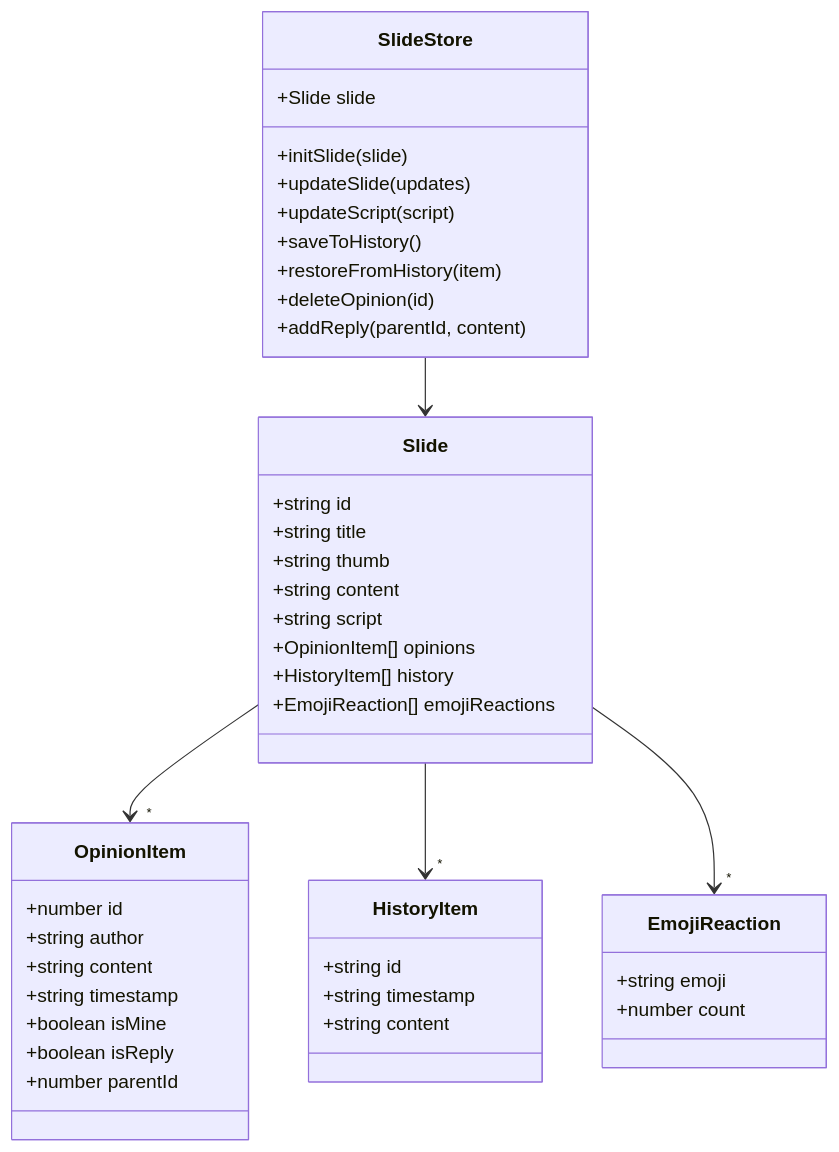
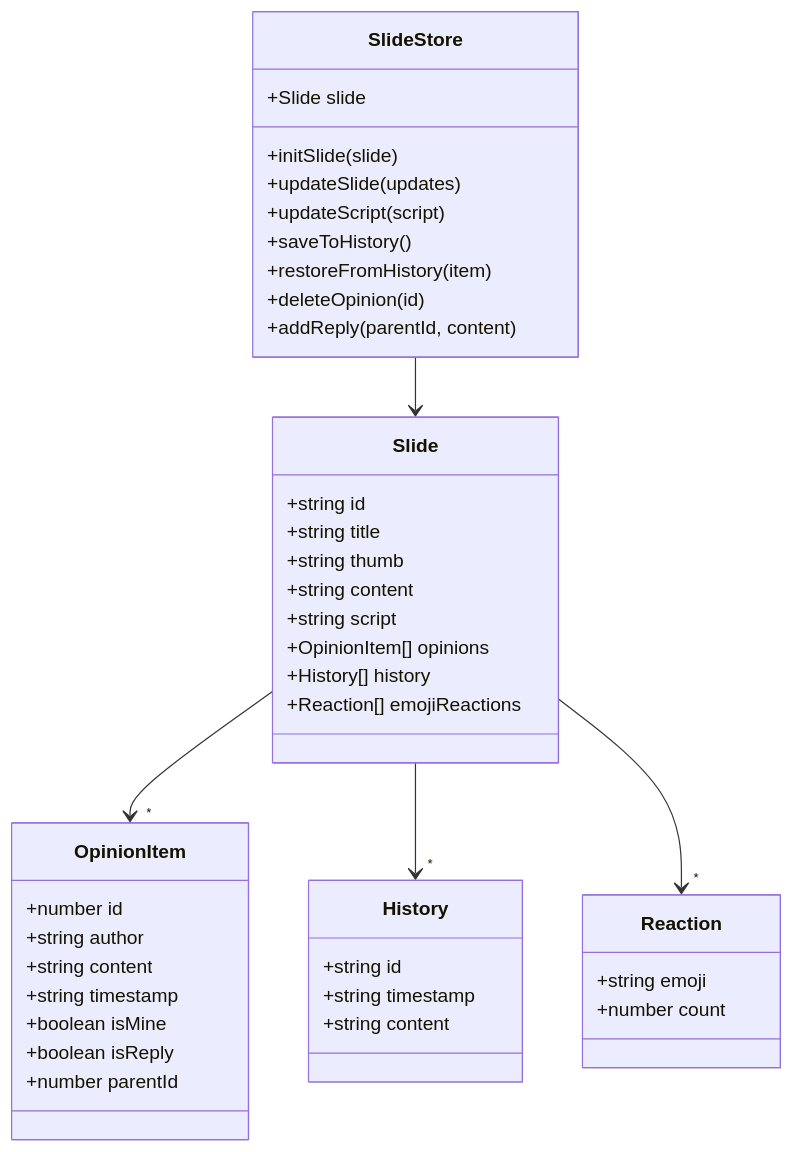
One commit to TTORANG/Web changed the sixth of 7 diagrams in docs/slide-data-flow.md. Above: the diagram before and after it, drawn with Mermaid. The commit also changed 36 other files, not shown here.

````diff
--- a/docs/slide-data-flow.md
+++ b/docs/slide-data-flow.md
@@ -206,50 +206,50 @@
 ```mermaid
 classDiagram
     class SlideStore {
         +Slide slide
         +initSlide(slide)
         +updateSlide(updates)
         +updateScript(script)
         +saveToHistory()
         +restoreFromHistory(item)
         +deleteOpinion(id)
         +addReply(parentId, content)
     }
 
     class Slide {
         +string id
         +string title
         +string thumb
         +string content
         +string script
         +OpinionItem[] opinions
-        +HistoryItem[] history
-        +EmojiReaction[] emojiReactions
+        +History[] history
+        +Reaction[] emojiReactions
     }
 
     class OpinionItem {
         +number id
         +string author
         +string content
         +string timestamp
         +boolean isMine
         +boolean isReply
         +number parentId
     }
 
-    class HistoryItem {
+    class History {
         +string id
         +string timestamp
         +string content
     }
 
-    class EmojiReaction {
+    class Reaction {
         +string emoji
         +number count
     }
 
     SlideStore --> Slide
     Slide --> "*" OpinionItem
-    Slide --> "*" HistoryItem
-    Slide --> "*" EmojiReaction
+    Slide --> "*" History
+    Slide --> "*" Reaction
 ```
````
